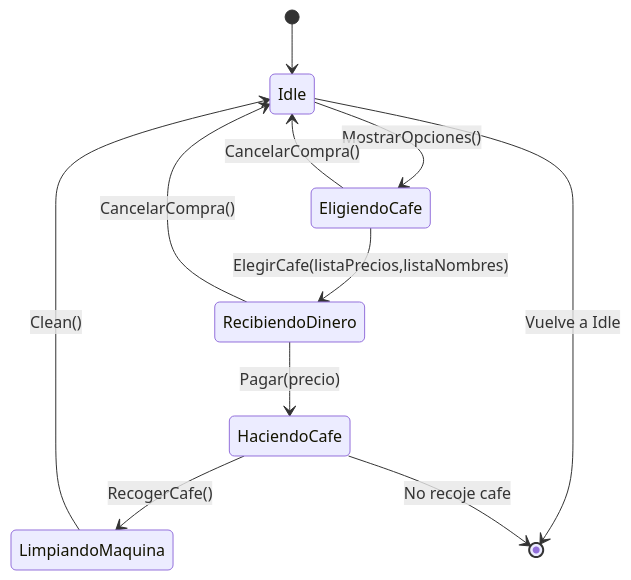
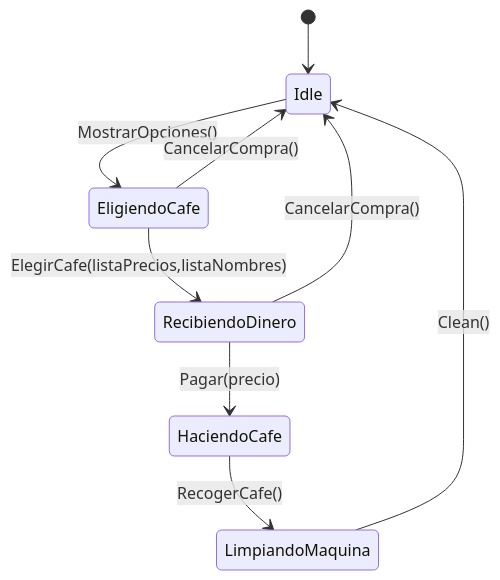
One commit to JorgeDuCruz/PMDM changed the diagram in MaquinaCafe/readme.md. Above: the diagram before and after it, drawn with Mermaid. The commit also changed other lines of this file and 2 other files, not shown here.

````diff
--- a/MaquinaCafe/readme.md
+++ b/MaquinaCafe/readme.md
@@ -5,13 +5,11 @@
 ```mermaid
 stateDiagram-v2
     [*] --> Idle
     Idle --> EligiendoCafe: MostrarOpciones()
     EligiendoCafe --> Idle: CancelarCompra()
     EligiendoCafe --> RecibiendoDinero:ElegirCafe(listaPrecios,listaNombres)
     RecibiendoDinero --> Idle: CancelarCompra()
     RecibiendoDinero --> HaciendoCafe: Pagar(precio)
     HaciendoCafe --> LimpiandoMaquina: RecogerCafe()
     LimpiandoMaquina --> Idle:Clean()
-    Idle --> [*]: Vuelve a Idle
-    HaciendoCafe -->[*]:No recoje cafe
 ```
````
